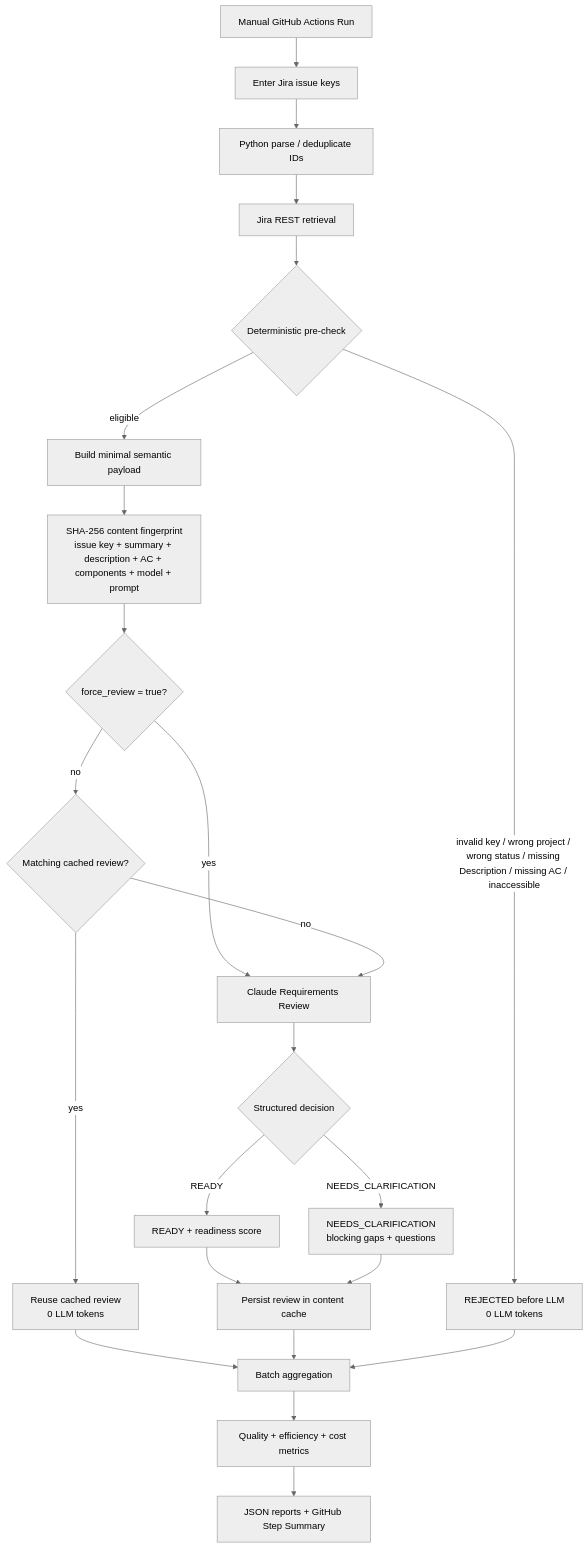
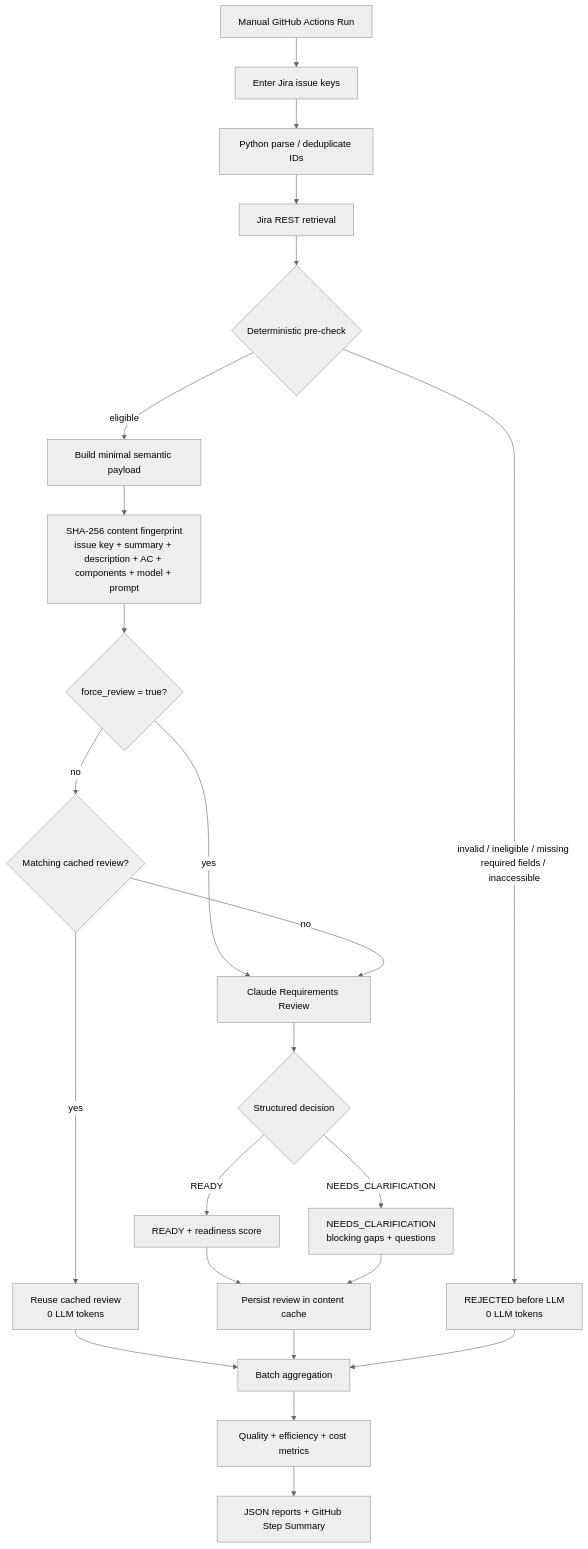
Before and after one commit to oleksandrserhieiev-beep/ai-qe-lab: the first of 3 diagrams in docs/agentic_qe_orchestration.md, drawn with Mermaid (neutral theme). The commit also changed other lines of this file, not shown here.

Commit message:
docs: record Agentic QE architecture rules

````diff
--- a/docs/agentic_qe_orchestration.md
+++ b/docs/agentic_qe_orchestration.md
@@ -9,31 +83,31 @@
 ```mermaid
 flowchart TD
     A[Manual GitHub Actions Run] --> B[Enter Jira issue keys]
     B --> C[Python parse / deduplicate IDs]
     C --> D[Jira REST retrieval]
     D --> E{Deterministic pre-check}
 
-    E -->|invalid key / wrong project / wrong status / missing Description / missing AC / inaccessible| R[REJECTED before LLM\n0 LLM tokens]
+    E -->|invalid / ineligible / missing required fields / inaccessible| R[REJECTED before LLM\n0 LLM tokens]
     E -->|eligible| P[Build minimal semantic payload]
 
     P --> H[SHA-256 content fingerprint\nissue key + summary + description + AC + components + model + prompt]
     H --> F{force_review = true?}
 
     F -->|yes| L[Claude Requirements Review]
     F -->|no| K{Matching cached review?}
     K -->|yes| CACHED[Reuse cached review\n0 LLM tokens]
     K -->|no| L
 
     L --> O{Structured decision}
     O -->|READY| READY[READY + readiness score]
     O -->|NEEDS_CLARIFICATION| NC[NEEDS_CLARIFICATION\nblocking gaps + questions]
 
     READY --> SAVE[Persist review in content cache]
     NC --> SAVE
     CACHED --> AGG[Batch aggregation]
     SAVE --> AGG
     R --> AGG
 
     AGG --> M[Quality + efficiency + cost metrics]
     M --> REPORT[JSON reports + GitHub Step Summary]
 ```
````
